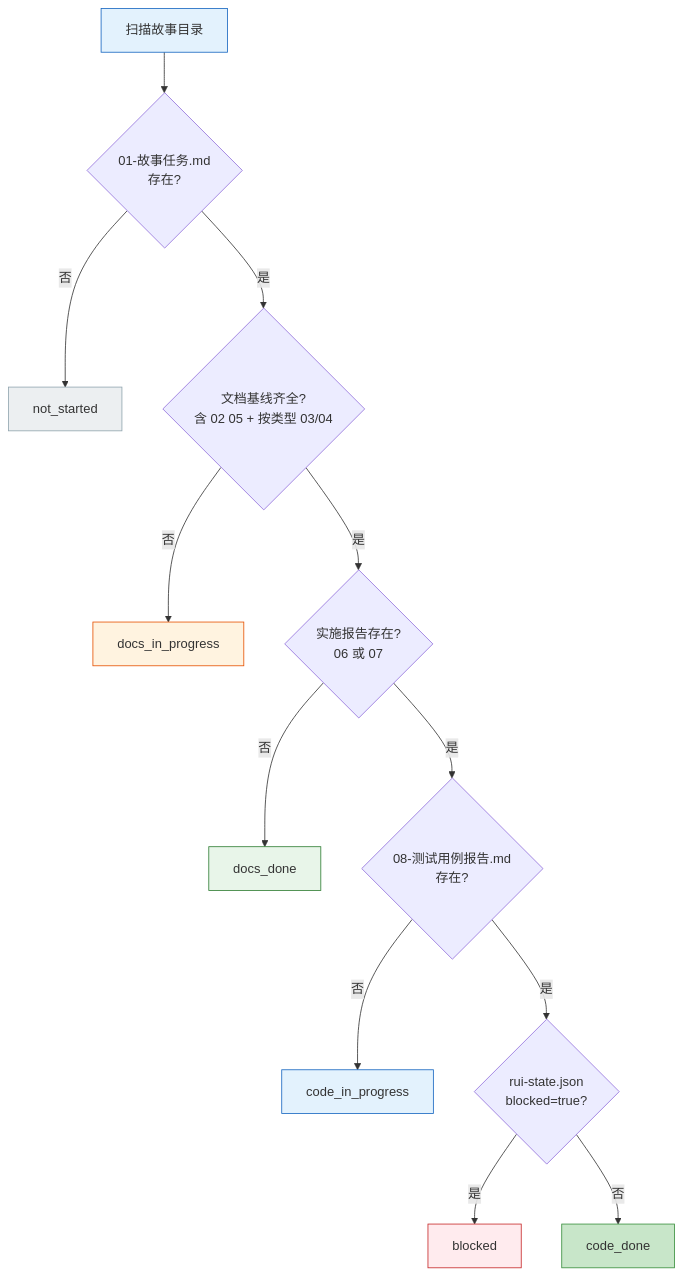
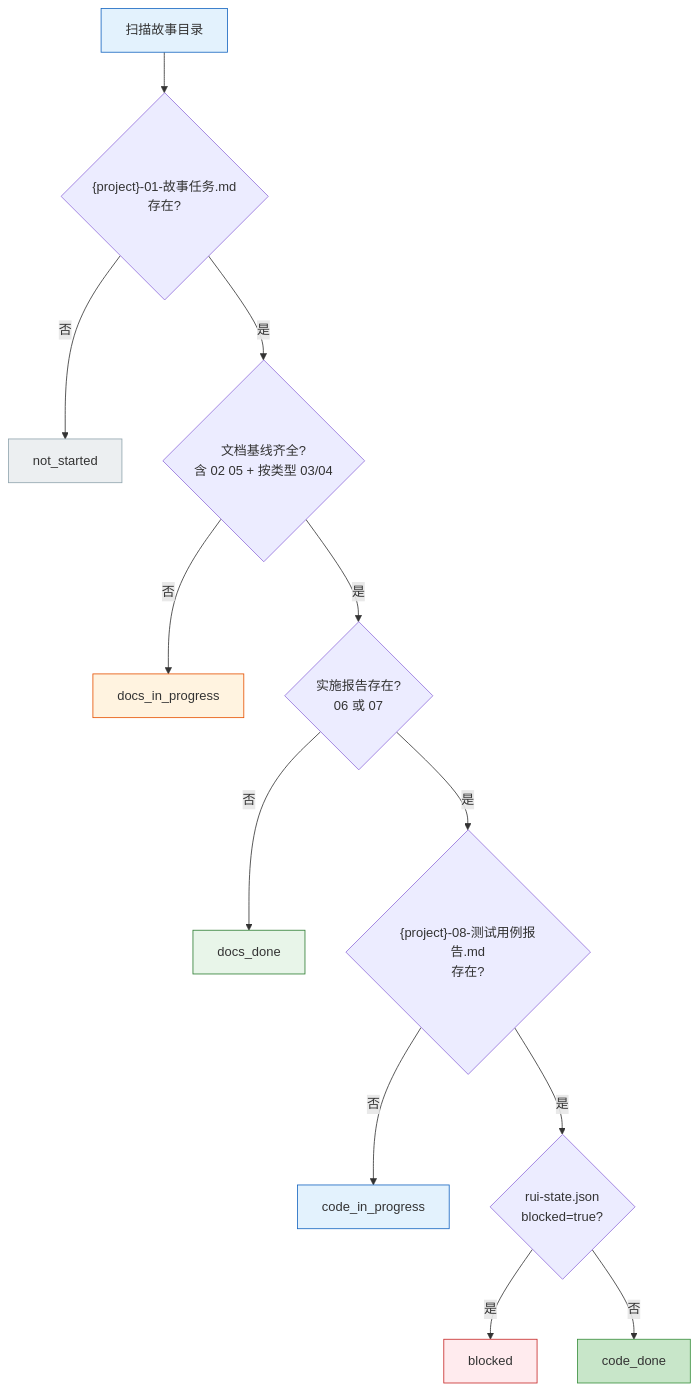
One commit to effiy/YrY changed the third of 10 diagrams in skills/rui-story/SKILL.md. Above: the diagram before and after it, drawn with Mermaid. The commit also changed other lines of this file and 17 other files, not shown here.

````diff
--- a/skills/rui-story/SKILL.md
+++ b/skills/rui-story/SKILL.md
@@ -63,22 +63,22 @@
 ```mermaid
 flowchart TD
-    START["扫描故事目录"]:::s --> CHK01{"01-故事任务.md<br/>存在?"}
+    START["扫描故事目录"]:::s --> CHK01{"{project}-01-故事任务.md<br/>存在?"}
     CHK01 -->|"否"| NS["not_started"]:::s0
     CHK01 -->|"是"| CHKDOC{"文档基线齐全?<br/>含 02 05 + 按类型 03/04"}
     CHKDOC -->|"否"| DIP["docs_in_progress"]:::s1
     CHKDOC -->|"是"| CHKIMP{"实施报告存在?<br/>06 或 07"}
     CHKIMP -->|"否"| DD["docs_done"]:::s2
-    CHKIMP -->|"是"| CHKVER{"08-测试用例报告.md<br/>存在?"}
+    CHKIMP -->|"是"| CHKVER{"{project}-08-测试用例报告.md<br/>存在?"}
     CHKVER -->|"否"| CIP["code_in_progress"]:::s3
     CHKVER -->|"是"| CHKBLK{"rui-state.json<br/>blocked=true?"}
     CHKBLK -->|"是"| BLK["blocked"]:::s5
     CHKBLK -->|"否"| CD["code_done"]:::s4
 
     classDef s fill:#e3f2fd,stroke:#1565c0;
     classDef s0 fill:#eceff1,stroke:#90a4ae;
     classDef s1 fill:#fff3e0,stroke:#e65100;
     classDef s2 fill:#e8f5e9,stroke:#2e7d32;
     classDef s3 fill:#e3f2fd,stroke:#1565c0;
     classDef s4 fill:#c8e6c9,stroke:#388e3c;
     classDef s5 fill:#ffebee,stroke:#c62828;
 ```
````
